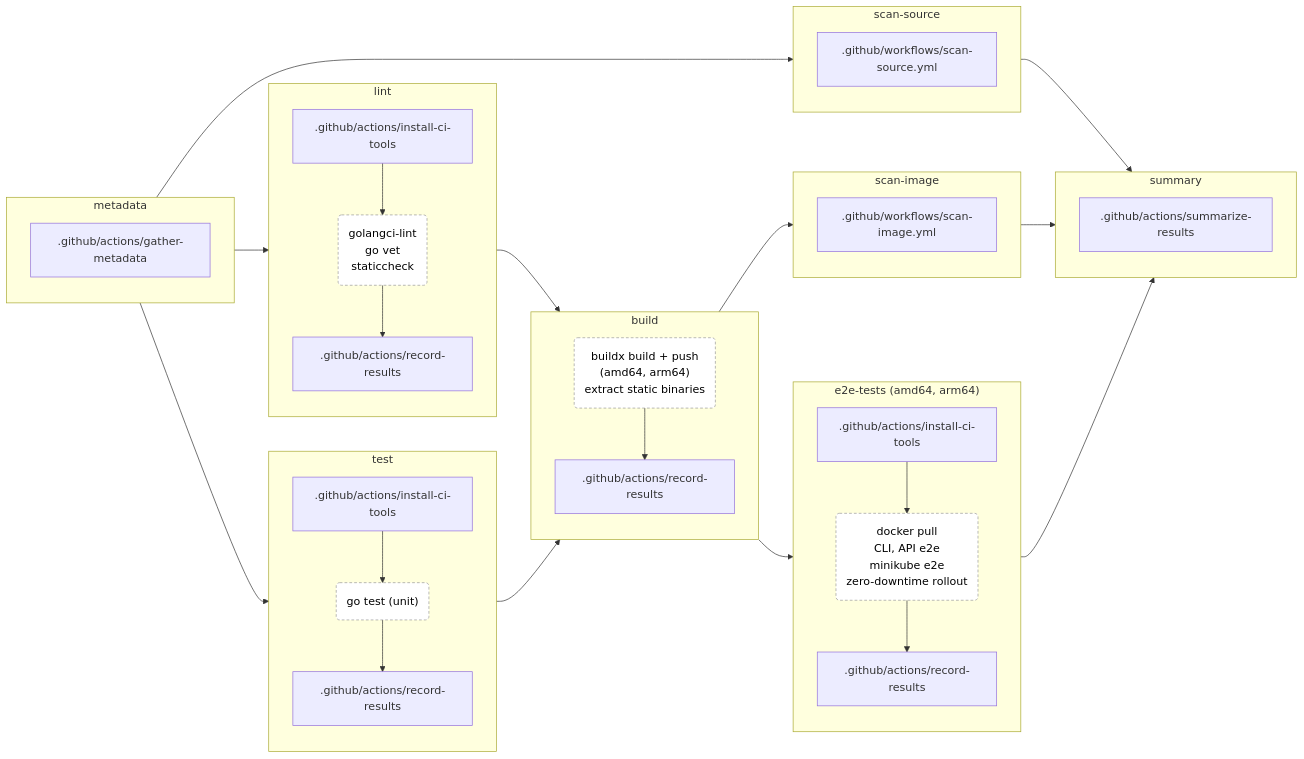
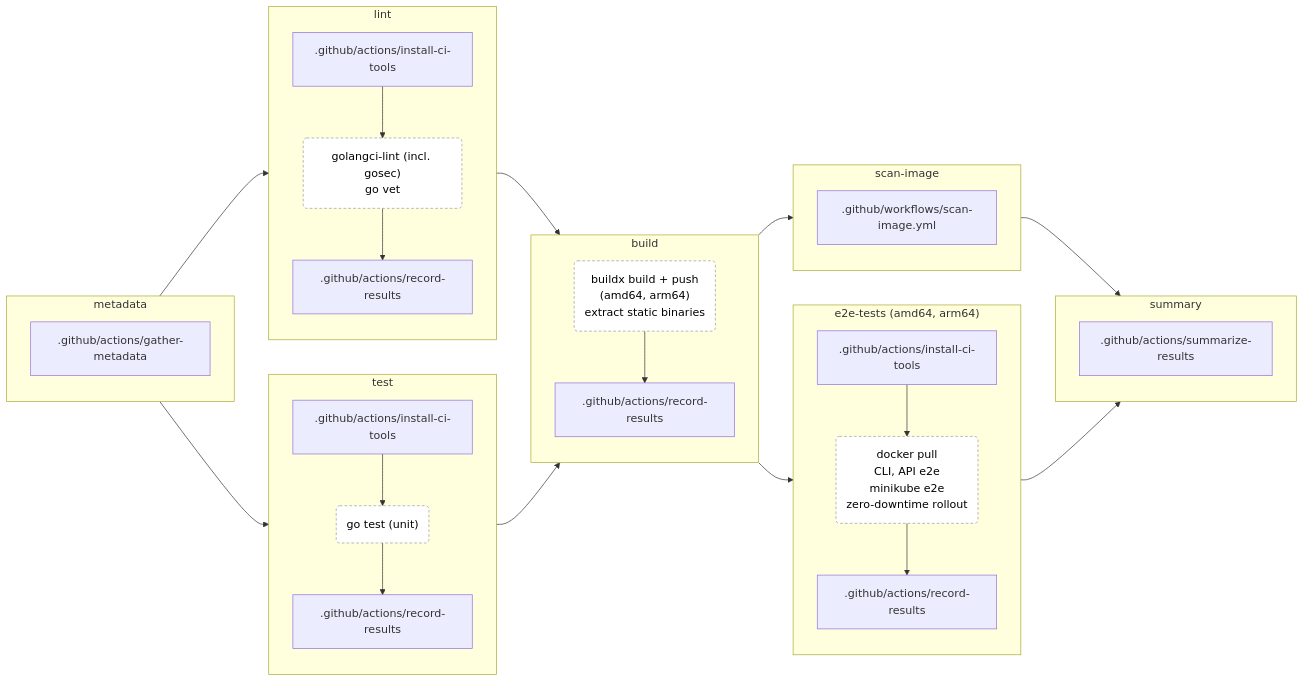
The first of 7 diagrams in docs/GITHUB.md (YoyoBesser/echo-pong), drawn with Mermaid before and after one commit. The commit also changed other lines of this file and 20 other files, not shown here.

````diff
--- a/docs/GITHUB.md
+++ b/docs/GITHUB.md
@@ -28,57 +27,51 @@
 ```mermaid
 flowchart LR
   classDef do fill:#fff,stroke:#999,stroke-dasharray:4 3,color:#000
   subgraph j_metadata["metadata"]
     direction TB
     j_metadata_0[.github/actions/gather-metadata]
   end
   subgraph j_lint["lint"]
     direction TB
     j_lint_0[.github/actions/install-ci-tools]
-    j_lint_1("golangci-lint<br>go vet<br>staticcheck"):::do
+    j_lint_1("golangci-lint (incl. gosec)<br>go vet"):::do
     j_lint_2[.github/actions/record-results]
     j_lint_0 --> j_lint_1 --> j_lint_2
   end
   subgraph j_test["test"]
     direction TB
     j_test_0[.github/actions/install-ci-tools]
     j_test_1("go test (unit)"):::do
     j_test_2[.github/actions/record-results]
     j_test_0 --> j_test_1 --> j_test_2
-  end
-  subgraph j_scan_source["scan-source"]
-    direction TB
-    j_scan_source_0[.github/workflows/scan-source.yml]
   end
   subgraph j_build["build"]
     direction TB
     j_build_0("buildx build + push<br>(amd64, arm64)<br>extract static binaries"):::do
     j_build_1[.github/actions/record-results]
     j_build_0 --> j_build_1
   end
   subgraph j_scan_image["scan-image"]
     direction TB
     j_scan_image_0[.github/workflows/scan-image.yml]
   end
   subgraph j_e2e_tests["e2e-tests (amd64, arm64)"]
     direction TB
     j_e2e_tests_0[.github/actions/install-ci-tools]
     j_e2e_tests_1("docker pull<br>CLI, API e2e<br>minikube e2e<br>zero-downtime rollout"):::do
     j_e2e_tests_2[.github/actions/record-results]
     j_e2e_tests_0 --> j_e2e_tests_1 --> j_e2e_tests_2
   end
   subgraph j_summary["summary"]
     direction TB
     j_summary_0[.github/actions/summarize-results]
   end
   j_metadata --> j_lint
   j_metadata --> j_test
-  j_metadata --> j_scan_source
   j_lint --> j_build
   j_test --> j_build
   j_build --> j_scan_image
   j_build --> j_e2e_tests
-  j_scan_source --> j_summary
   j_scan_image --> j_summary
   j_e2e_tests --> j_summary
 ```
````
